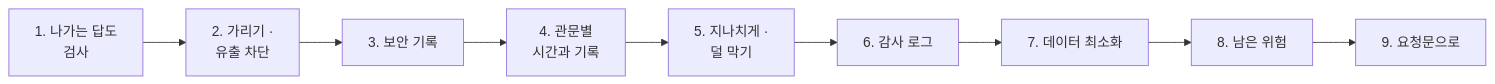
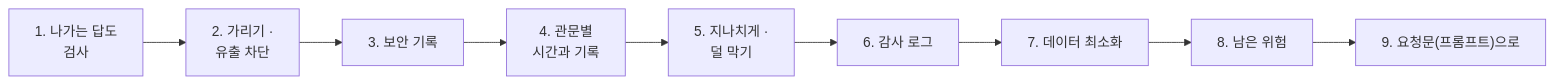
Before and after one commit to jbbdyee/ai-engineering-lab: the first of 2 diagrams in Lecture/73/03-STAGE3-OUTPUT-AND-TESTS.md, drawn with Mermaid. The commit also changed other lines of this file and 22 other files, not shown here.

````diff
--- a/Lecture/73/03-STAGE3-OUTPUT-AND-TESTS.md
+++ b/Lecture/73/03-STAGE3-OUTPUT-AND-TESTS.md
@@ -8,5 +8,5 @@
 ```mermaid
 flowchart LR
   A["1. 나가는 답도<br/>검사"] --> B["2. 가리기 ·<br/>유출 차단"] --> C["3. 보안 기록"] --> D["4. 관문별<br/>시간과 기록"] --> E["5. 지나치게 ·<br/>덜 막기"]
-  E --> F["6. 감사 로그"] --> G["7. 데이터 최소화"] --> H["8. 남은 위험"] --> I["9. 요청문으로"]
+  E --> F["6. 감사 로그"] --> G["7. 데이터 최소화"] --> H["8. 남은 위험"] --> I["9. 요청문(프롬프트)으로"]
 ```
````
